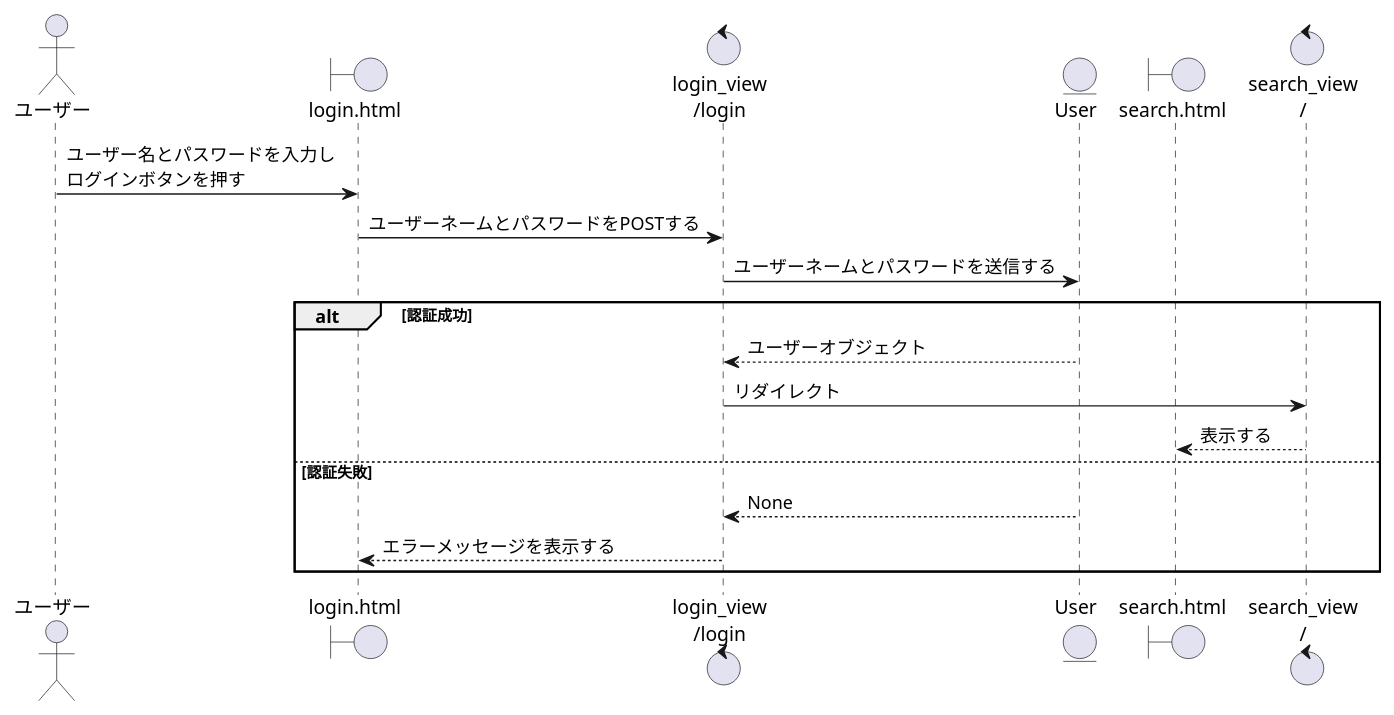
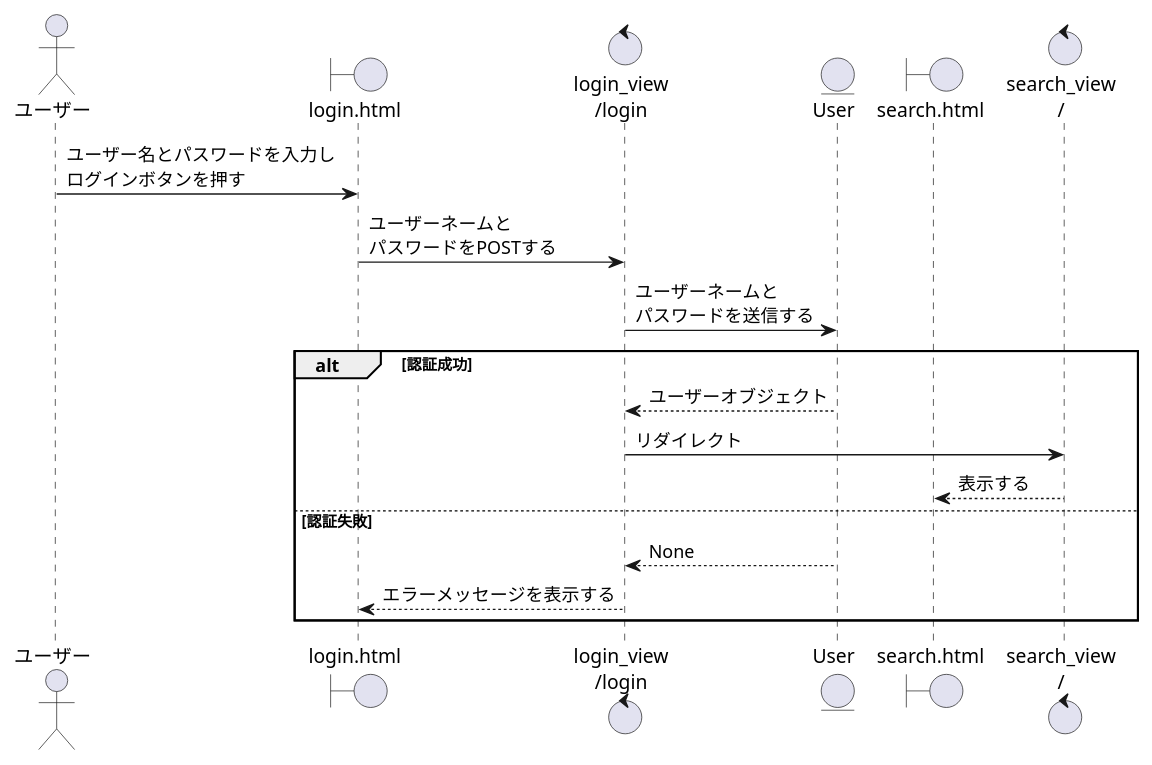
The fourth of 14 diagrams in シーケンス図_書籍検索システム_django.puml (RK0309-art/gith_full_course), drawn with PlantUML before and after one commit. The commit also changed other lines of this file, not shown here.

Commit message:
たくさんシーケンス図ついか

```diff
--- a/シーケンス図_書籍検索システム_django.puml
+++ b/シーケンス図_書籍検索システム_django.puml
@@ -55,21 +55,21 @@
 @startuml ログインする
 
 actor ユーザー as U
 boundary "login.html" as LH
 control "login_view\n/login" as LV
 entity "User" as UM
 boundary "search.html" as SH
 control "search_view\n/" as SV
 
 U -> LH : ユーザー名とパスワードを入力し\nログインボタンを押す
-LH -> LV : ユーザーネームとパスワードをPOSTする
-LV -> UM : ユーザーネームとパスワードを送信する
+LH -> LV : ユーザーネームと\nパスワードをPOSTする
+LV -> UM : ユーザーネームと\nパスワードを送信する
 alt 認証成功
   LV <-- UM : ユーザーオブジェクト
   LV -> SV : リダイレクト
   SH <-- SV : 表示する
 else 認証失敗
   LV <-- UM : None
   LH <-- LV : エラーメッセージを表示する
 end
 @enduml
```
